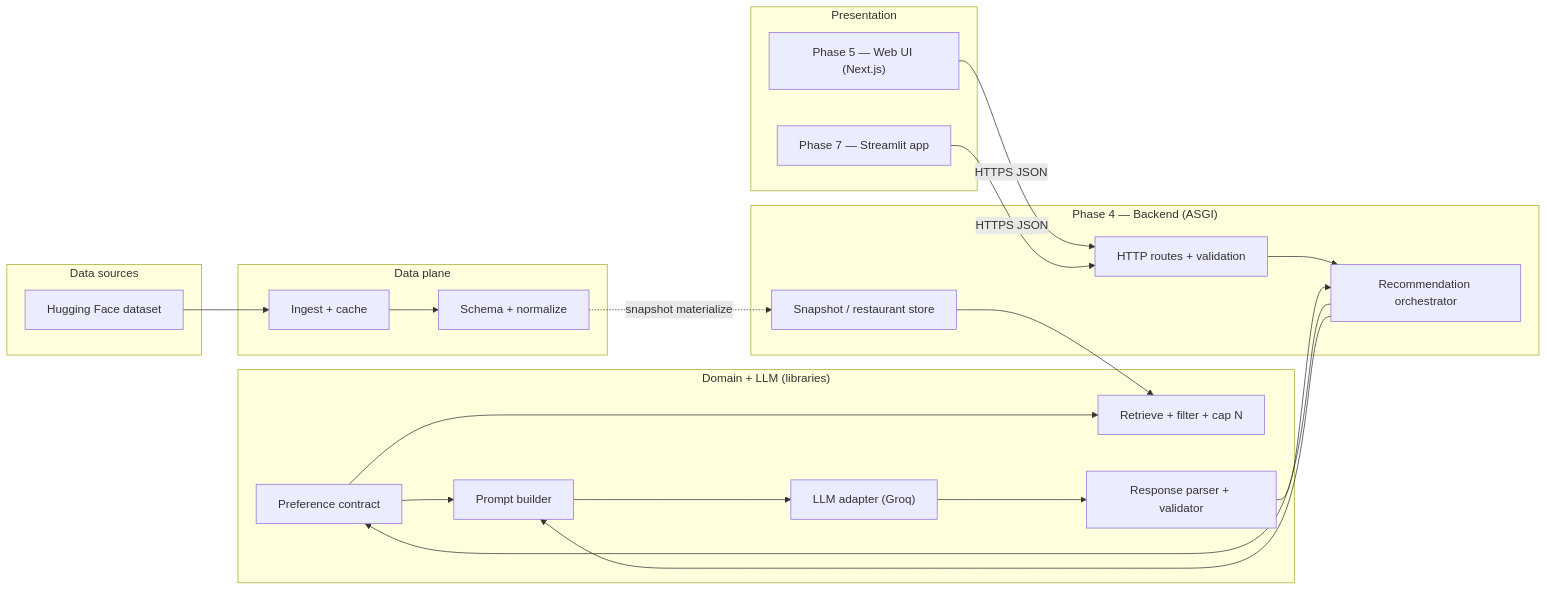
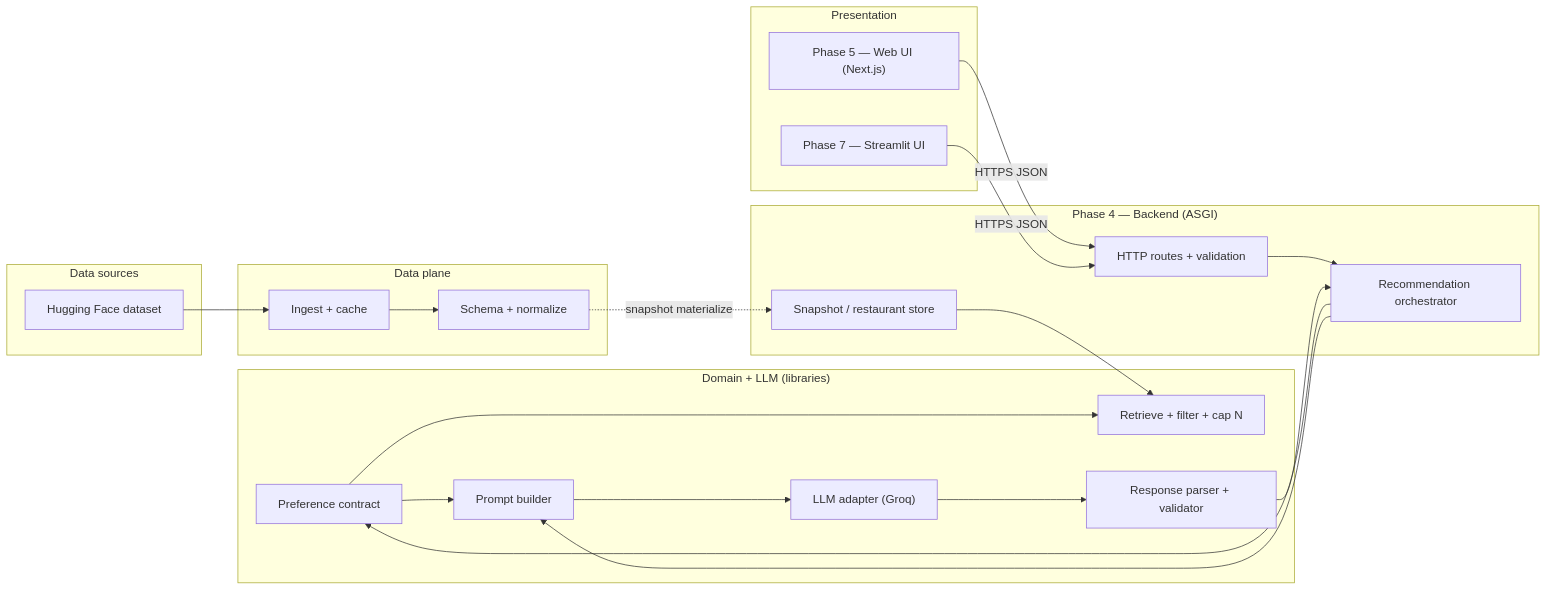
Before and after one commit to sanjayyssharma/project1205: the first of 2 diagrams in docs/architecture-phases.md, drawn with Mermaid. The commit also changed other lines of this file and 6 other files, not shown here.

First line of the commit message:
docs: Phase 7 — Railway backend + Streamlit frontend

````diff
--- a/docs/architecture-phases.md
+++ b/docs/architecture-phases.md
@@ -18,40 +18,40 @@
 ```mermaid
 flowchart LR
   subgraph sources["Data sources"]
     HF["Hugging Face dataset"]
   end
 
   subgraph data_plane["Data plane"]
     ING["Ingest + cache"]
     NORM["Schema + normalize"]
   end
 
   subgraph app_core["Domain + LLM (libraries)"]
     PREFS["Preference contract"]
     RET["Retrieve + filter + cap N"]
     PROMPT["Prompt builder"]
     LLM["LLM adapter (Groq)"]
     PARSE["Response parser + validator"]
   end
 
   subgraph backend["Phase 4 — Backend (ASGI)"]
     API["HTTP routes + validation"]
     ORCH["Recommendation orchestrator"]
     SNAP["Snapshot / restaurant store"]
   end
 
   subgraph surface["Presentation"]
     WEB["Phase 5 — Web UI (Next.js)"]
-    ST["Phase 7 — Streamlit app"]
+    ST["Phase 7 — Streamlit UI"]
   end
 
   HF --> ING --> NORM
   SNAP --> RET
   NORM -. snapshot materialize .-> SNAP
   WEB -->|"HTTPS JSON"| API
   ST -->|"HTTPS JSON"| API
   API --> ORCH
   ORCH --> PREFS --> RET
   ORCH --> PROMPT --> LLM --> PARSE --> ORCH
   PREFS --> PROMPT
 ```
````
